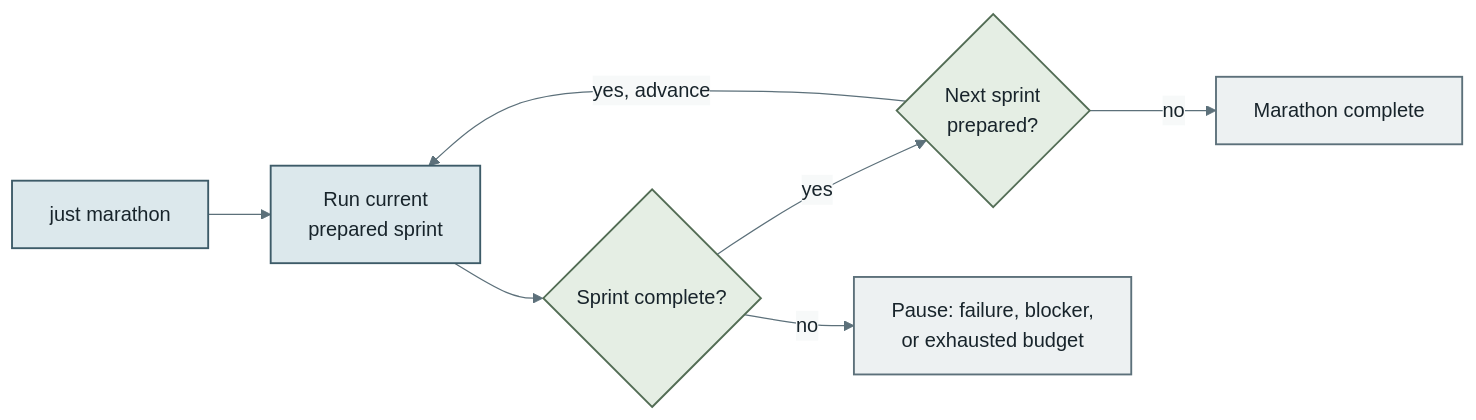
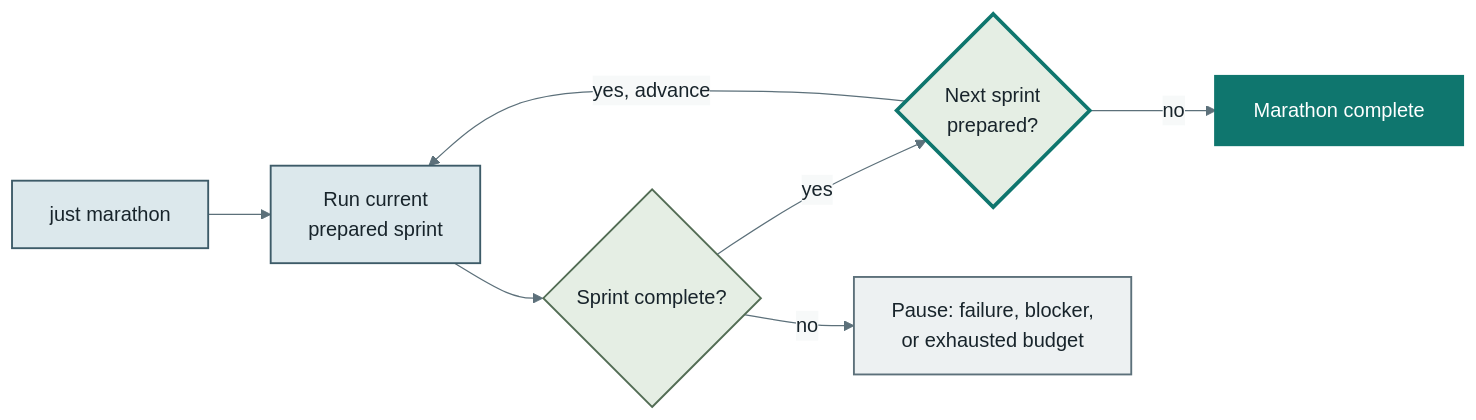
The second of 2 diagrams in README.md (zacharygcook/agent-skills), drawn with Mermaid before and after one commit. The commit also changed other lines of this file and 17 other files, not shown here.

Commit message:
Unify shared workflow diagram styling

````diff
--- a/README.md
+++ b/README.md
@@ -66,17 +70,21 @@
 ```mermaid
 %%{init: {'theme': 'base', 'themeVariables': {'primaryColor': '#DCE8EC', 'primaryTextColor': '#18242B', 'primaryBorderColor': '#3D5B68', 'lineColor': '#5C707A', 'secondaryColor': '#E5EEE4', 'tertiaryColor': '#EDF1F2', 'edgeLabelBackground': '#F7F9F9', 'fontFamily': 'system-ui'}}}%%
 flowchart LR
     marathon["just marathon"] --> sprint["Run current<br/>prepared sprint"]
     sprint --> complete{"Sprint complete?"}
     complete -->|yes| next{"Next sprint<br/>prepared?"}
     next -->|yes, advance| sprint
     next -->|no| done["Marathon complete"]
     complete -->|no| pause["Pause: failure, blocker,<br/>or exhausted budget"]
 
     classDef phase fill:#DCE8EC,stroke:#3D5B68,color:#18242B,stroke-width:1.5px;
     classDef gate fill:#E5EEE4,stroke:#536D55,color:#18242B,stroke-width:1.5px;
+    classDef checkpoint fill:#E5EEE4,stroke:#0F766E,color:#18242B,stroke-width:3px;
     classDef outcome fill:#EDF1F2,stroke:#5C707A,color:#18242B,stroke-width:1.5px;
+    classDef success fill:#0F766E,stroke:#0F766E,color:#FFFFFF,stroke-width:3px;
     class marathon,sprint phase;
-    class complete,next gate;
-    class done,pause outcome;
+    class complete gate;
+    class next checkpoint;
+    class done success;
+    class pause outcome;
 ```
````
